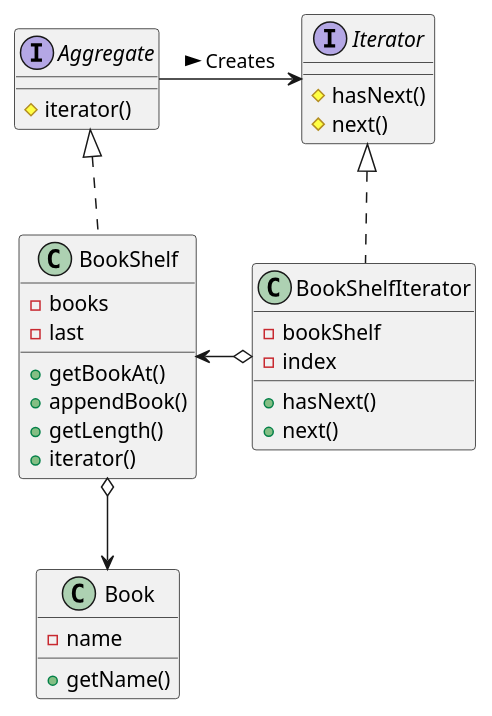
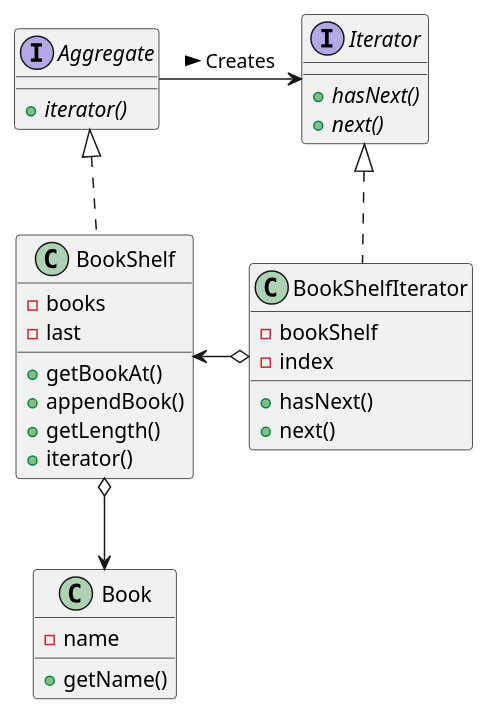
One commit to jsyang-dev/study-designpattern changed the diagram in src/me/study/pattern/iterator/IteratorExample.puml. Above: the diagram before and after it, drawn with PlantUML. The commit also changed 7 other files, not shown here.

First line of the commit message:
기능: 클래스 다이어그램 수정

```diff
--- a/src/me/study/pattern/iterator/IteratorExample.puml
+++ b/src/me/study/pattern/iterator/IteratorExample.puml
@@ -1,35 +1,35 @@
 @startuml
 
 interface Aggregate {
-    #iterator()
+    +{abstract} iterator()
 }
 class BookShelf {
     -books
     -last
     +getBookAt()
     +appendBook()
     +getLength()
     +iterator()
 }
 interface Iterator {
-    #hasNext()
-    #next()
+    +{abstract} hasNext()
+    +{abstract} next()
 }
 class BookShelfIterator {
     -bookShelf
     -index
     +hasNext()
     +next()
 }
 class Book {
     -name
     +getName()
 }
 
 Aggregate <|..BookShelf
 Iterator <|..BookShelfIterator
 Aggregate -> Iterator : Creates >
 BookShelf <-o BookShelfIterator
 BookShelf o--> Book
 
 @enduml
```
